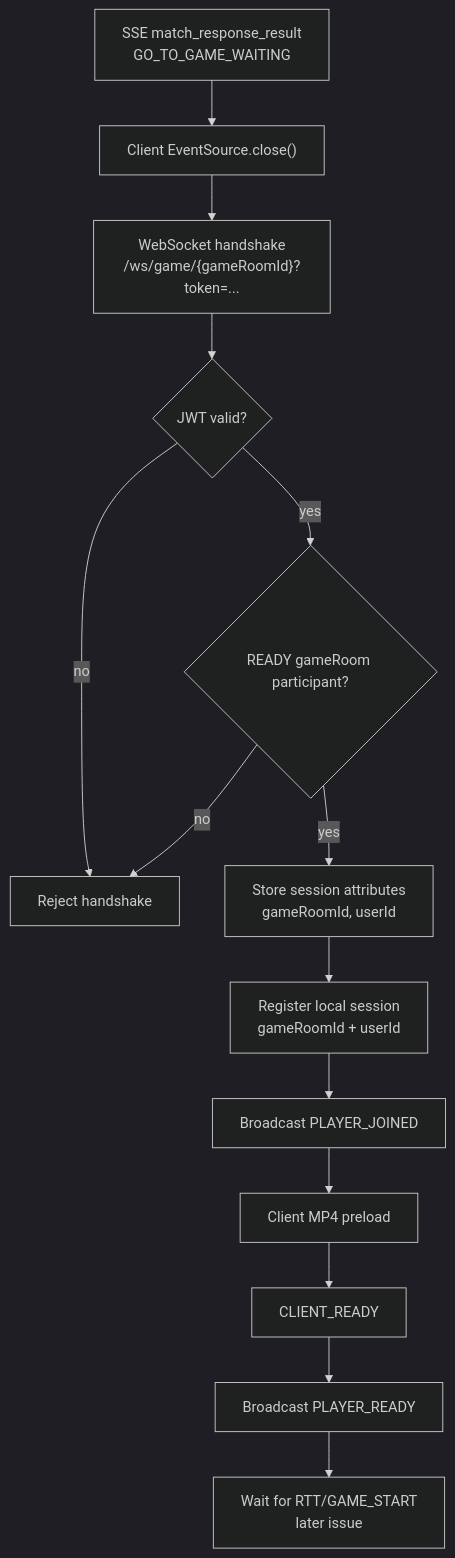
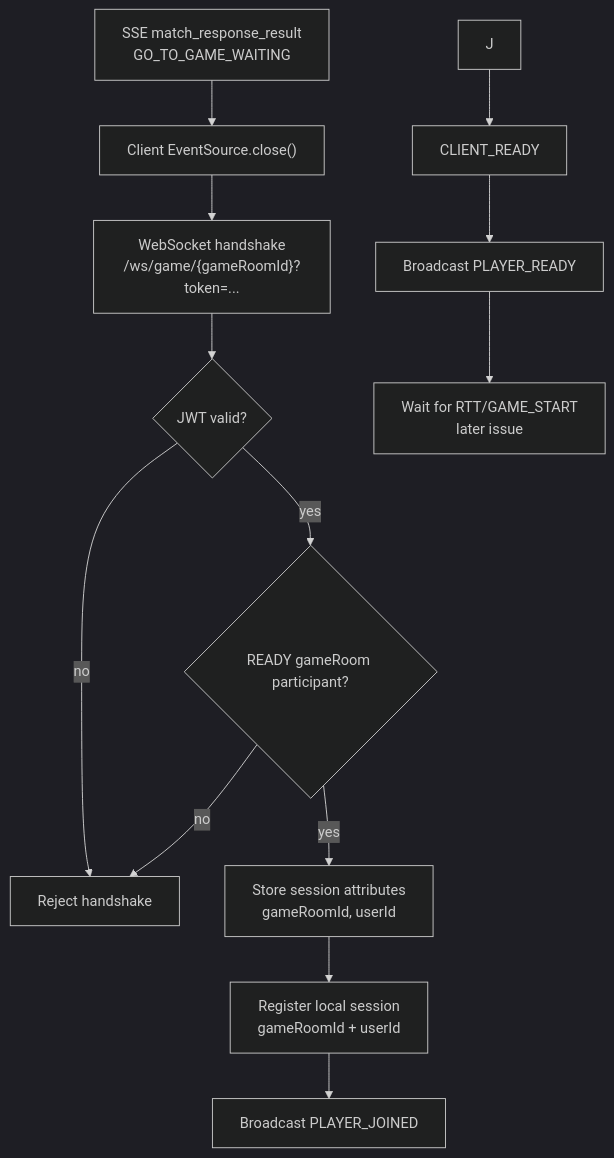
Before and after one commit to moonwhistle/League-of-Star: the second of 2 diagrams in docs/antigravity/backend/issue-40-game-waiting-websocket.md, drawn with Mermaid (dark theme). The commit also changed other lines of this file and 47 other files, not shown here.

````diff
--- a/docs/antigravity/backend/issue-40-game-waiting-websocket.md
+++ b/docs/antigravity/backend/issue-40-game-waiting-websocket.md
@@ -401,16 +400,15 @@
 ```mermaid
 flowchart TD
     A["SSE match_response_result<br/>GO_TO_GAME_WAITING"] --> B["Client EventSource.close()"]
     B --> C["WebSocket handshake<br/>/ws/game/{gameRoomId}?token=..."]
     C --> D{"JWT valid?"}
     D -->|"no"| E["Reject handshake"]
     D -->|"yes"| F{"READY gameRoom participant?"}
     F -->|"no"| E
     F -->|"yes"| G["Store session attributes<br/>gameRoomId, userId"]
     G --> H["Register local session<br/>gameRoomId + userId"]
     H --> I["Broadcast PLAYER_JOINED"]
-    I --> J["Client MP4 preload"]
     J --> K["CLIENT_READY"]
     K --> L["Broadcast PLAYER_READY"]
     L --> M["Wait for RTT/GAME_START<br/>later issue"]
 ```
````
